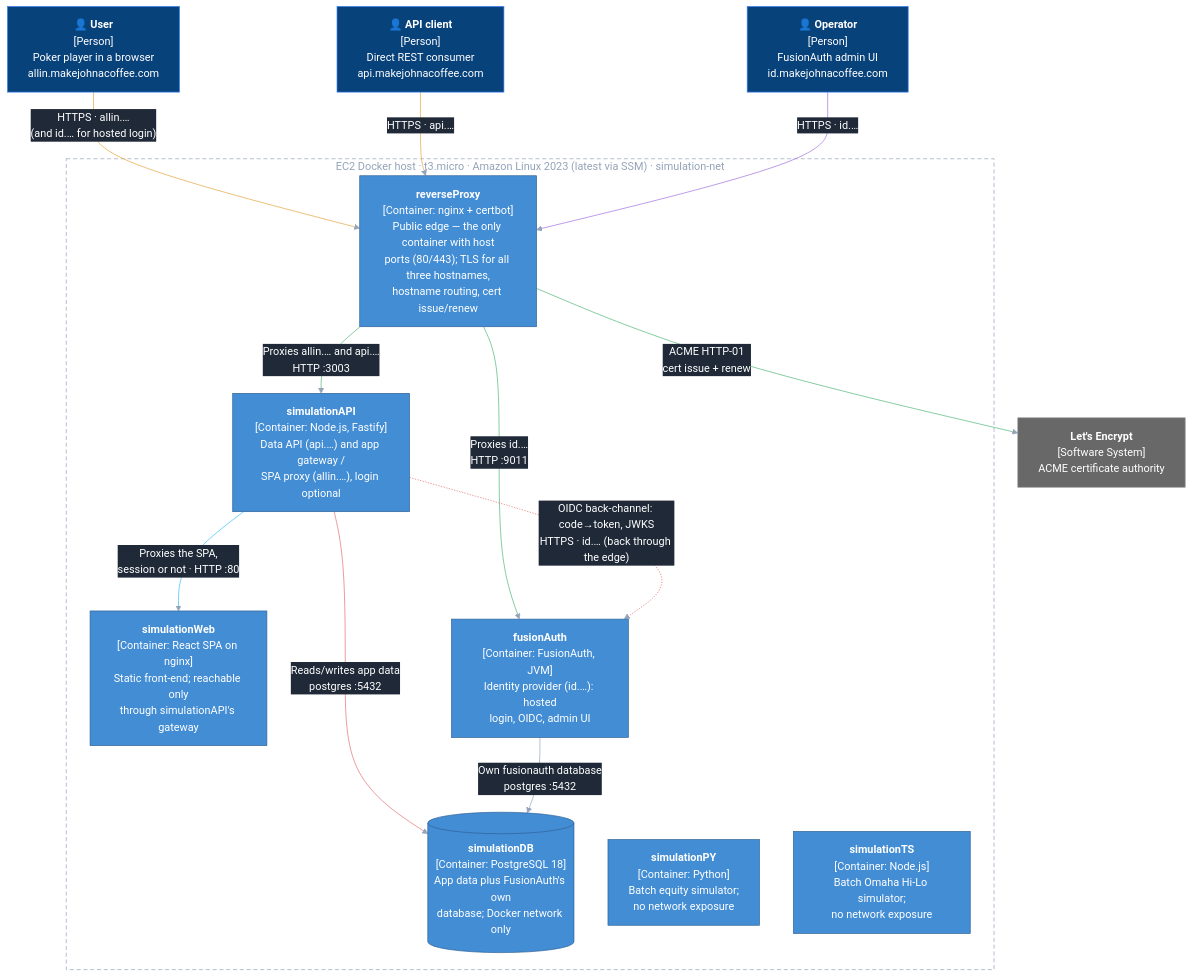
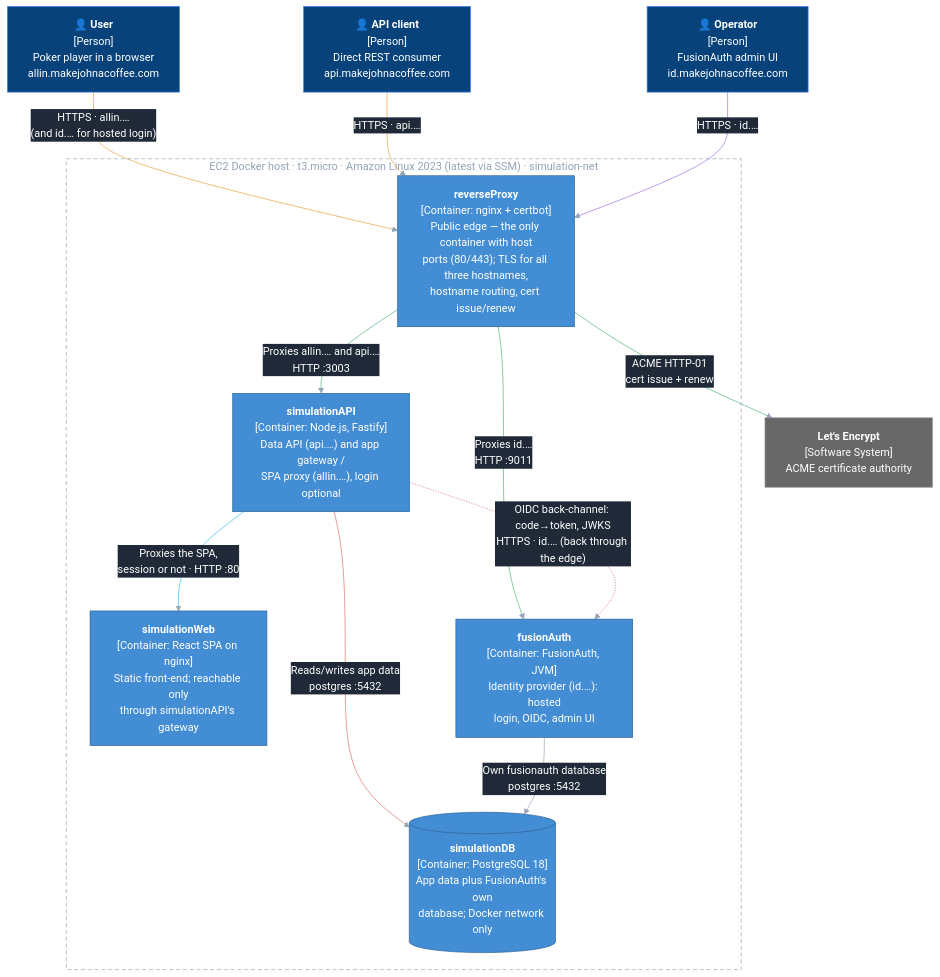
The diagram in README.md (jbframe/big-equity), drawn with Mermaid before and after one commit. The commit also changed other lines of this file and 33 other files, not shown here.

````diff
--- a/README.md
+++ b/README.md
@@ -53,44 +54,42 @@
 ```mermaid
 %%{init: {'themeVariables': {'edgeLabelBackground': '#1f2937'}}}%%
 graph TB
     User["👤 <b>User</b><br/>[Person]<br/>Poker player in a browser<br/>allin.makejohnacoffee.com"]
     APIClient["👤 <b>API client</b><br/>[Person]<br/>Direct REST consumer<br/>api.makejohnacoffee.com"]
     Operator["👤 <b>Operator</b><br/>[Person]<br/>FusionAuth admin UI<br/>id.makejohnacoffee.com"]
     LE["<b>Let's Encrypt</b><br/>[Software System]<br/>ACME certificate authority"]
 
     subgraph EC2["EC2 Docker host · t3.micro · Amazon Linux 2023 (latest via SSM) · simulation-net"]
         Proxy["<b>reverseProxy</b><br/>[Container: nginx + certbot]<br/>Public edge — the only container with host<br/>ports (80/443); TLS for all three hostnames,<br/>hostname routing, cert issue/renew"]
         API["<b>simulationAPI</b><br/>[Container: Node.js, Fastify]<br/>Data API (api.…) and app gateway /<br/>SPA proxy (allin.…), login optional"]
         Web["<b>simulationWeb</b><br/>[Container: React SPA on nginx]<br/>Static front-end; reachable only<br/>through simulationAPI's gateway"]
         Auth["<b>fusionAuth</b><br/>[Container: FusionAuth, JVM]<br/>Identity provider (id.…): hosted<br/>login, OIDC, admin UI"]
         DB[("<b>simulationDB</b><br/>[Container: PostgreSQL 18]<br/>App data plus FusionAuth's own<br/>database; Docker network only")]
-        PY["<b>simulationPY</b><br/>[Container: Python]<br/>Batch equity simulator;<br/>no network exposure"]
-        TS["<b>simulationTS</b><br/>[Container: Node.js]<br/>Batch Omaha Hi-Lo simulator;<br/>no network exposure"]
     end
 
     User -- "HTTPS · allin.…<br/>(and id.… for hosted login)" --> Proxy
     APIClient -- "HTTPS · api.…" --> Proxy
     Operator -- "HTTPS · id.…" --> Proxy
     Proxy -- "ACME HTTP-01<br/>cert issue + renew" --> LE
     Proxy -- "Proxies allin.… and api.…<br/>HTTP :3003" --> API
     Proxy -- "Proxies id.…<br/>HTTP :9011" --> Auth
     API -- "Proxies the SPA,<br/>session or not · HTTP :80" --> Web
     API -. "OIDC back-channel: code→token, JWKS<br/>HTTPS · id.… (back through the edge)" .-> Auth
     API -- "Reads/writes app data<br/>postgres :5432" --> DB
     Auth -- "Own fusionauth database<br/>postgres :5432" --> DB
 
     classDef person fill:#08427b,stroke:#3b82f6,color:#ffffff
     classDef container fill:#438dd5,stroke:#2e6295,color:#ffffff
     classDef external fill:#686868,stroke:#8a8a8a,color:#ffffff
     class User,APIClient,Operator person
-    class Proxy,API,Web,Auth,DB,PY,TS container
+    class Proxy,API,Web,Auth,DB container
     class LE external
     style EC2 fill:transparent,stroke:#94a3b8,stroke-dasharray:6 4,color:#94a3b8
 
     linkStyle default stroke:#94a3b8,color:#ffffff
     linkStyle 0,1 stroke:#e4a33c
     linkStyle 2 stroke:#a06ee0
     linkStyle 3,4,5 stroke:#4fb477
     linkStyle 6 stroke:#38bdf8
     linkStyle 7,8 stroke:#e46e6e
 ```
````
